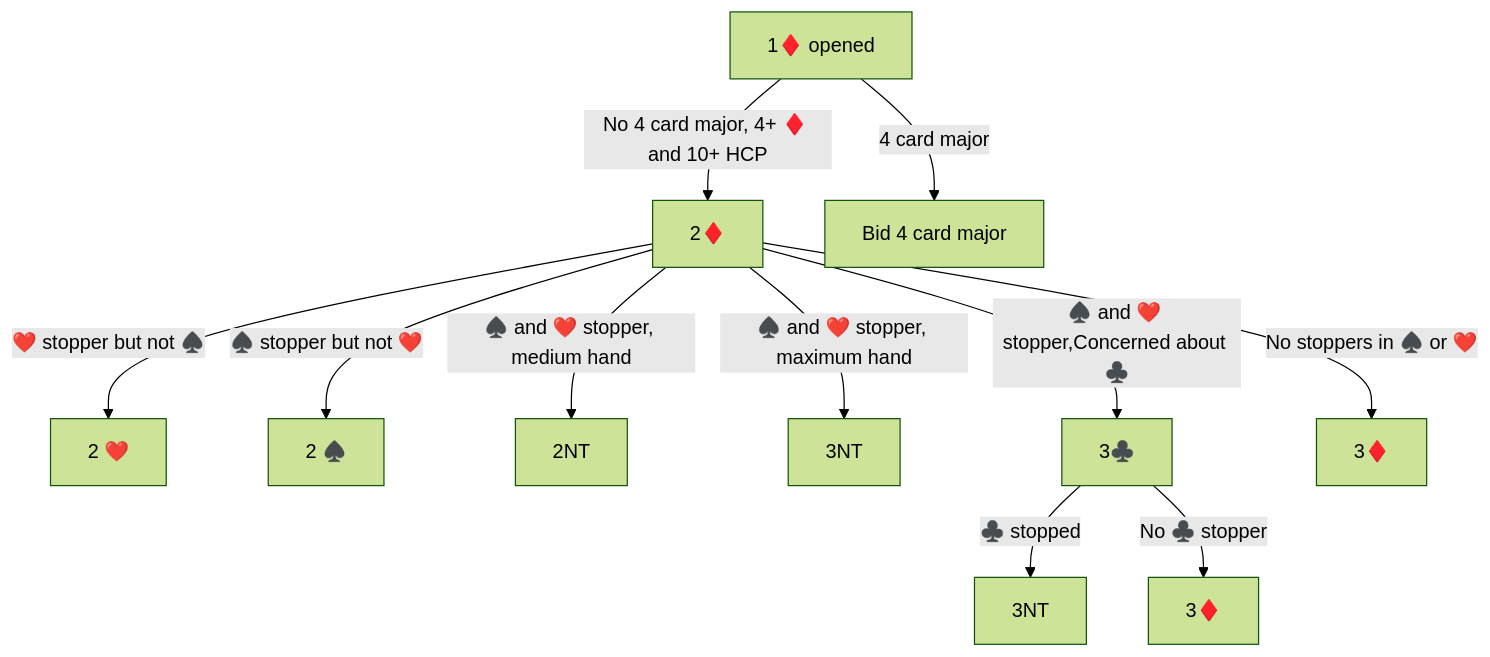
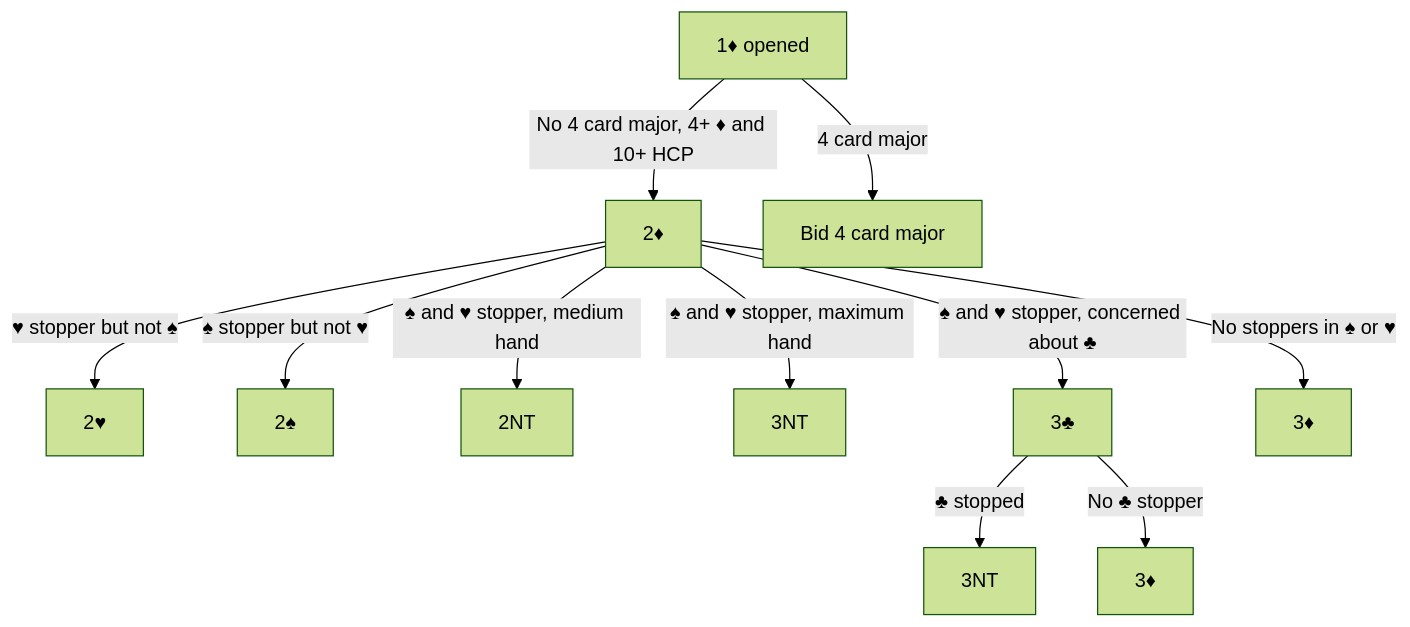
One commit to stephen-vakil/BridgeConventions changed the second of 2 diagrams in InvertedMinors.md. Above: the diagram before and after it, drawn with Mermaid (forest theme). The commit also changed other lines of this file and 11 other files, not shown here.

````diff
--- a/InvertedMinors.md
+++ b/InvertedMinors.md
@@ -36,20 +36,20 @@
 ```mermaid
 graph TD
 
 %% Definitions
-    OpenMinor["1<span style="color:red;">♦</span>️ opened"]
-    InvertedMinor["2<span style="color:red;">♦</span>️"]
+    OpenMinor["1♦ opened"]
+    InvertedMinor["2♦"]
 %% Bidding flow
-    OpenMinor -->|"No 4 card major, 4+ <span style="color:red;">♦</span>️ and 10+ HCP"| InvertedMinor
+    OpenMinor -->|"No 4 card major, 4+ ♦ and 10+ HCP"| InvertedMinor
     OpenMinor -->|4 card major| Bid4cardMajor[Bid 4 card major]
 
-    InvertedMinor -->|❤️ stopper but not ♠️| Inverted2H[2 ❤️]
-    InvertedMinor -->|♠️ stopper but not ❤️| Inverted2S[2 ♠️]
-    InvertedMinor -->|♠️ and ❤️ stopper, medium hand| Inverted2NT[2NT]
-    InvertedMinor -->|♠️ and ❤️ stopper, maximum hand| Inverted3NT[3NT]
-    InvertedMinor -->|♠️ and ❤️ stopper,Concerned about ♣️| InvertedOtherMinor["3♣️"]
-    InvertedMinor -->|No stoppers in ♠️ or ❤️| InvertedRebid[3<span style="color:red;">♦</span>️]
+    InvertedMinor -->|♥ stopper but not ♠| Inverted2H[2♥]
+    InvertedMinor -->|♠ stopper but not ♥| Inverted2S[2♠]
+    InvertedMinor -->|♠ and ♥ stopper, medium hand| Inverted2NT[2NT]
+    InvertedMinor -->|♠ and ♥ stopper, maximum hand| Inverted3NT[3NT]
+    InvertedMinor -->|♠ and ♥ stopper, concerned about ♣| InvertedOtherMinor["3♣"]
+    InvertedMinor -->|No stoppers in ♠ or ♥| InvertedRebid[3♦]
 
-    InvertedOtherMinor -->|♣️ stopped| InvertedOtherMinor2N[3NT]
-    InvertedOtherMinor -->|No ♣️ stopper| InvertedOtherMinorNoOtherMinor[3<span style="color:red;">♦</span>️]
+    InvertedOtherMinor -->|♣ stopped| InvertedOtherMinor2N[3NT]
+    InvertedOtherMinor -->|No ♣ stopper| InvertedOtherMinorNoOtherMinor[3♦]
 ```
````
